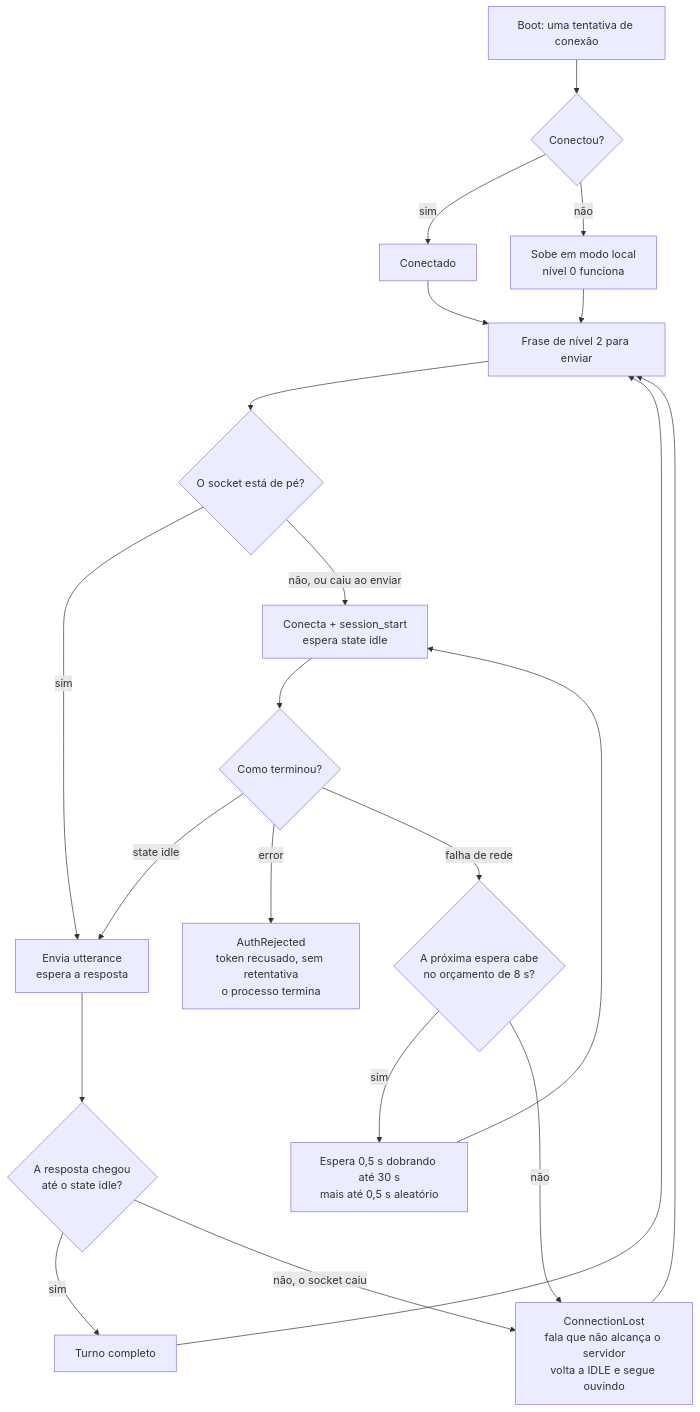
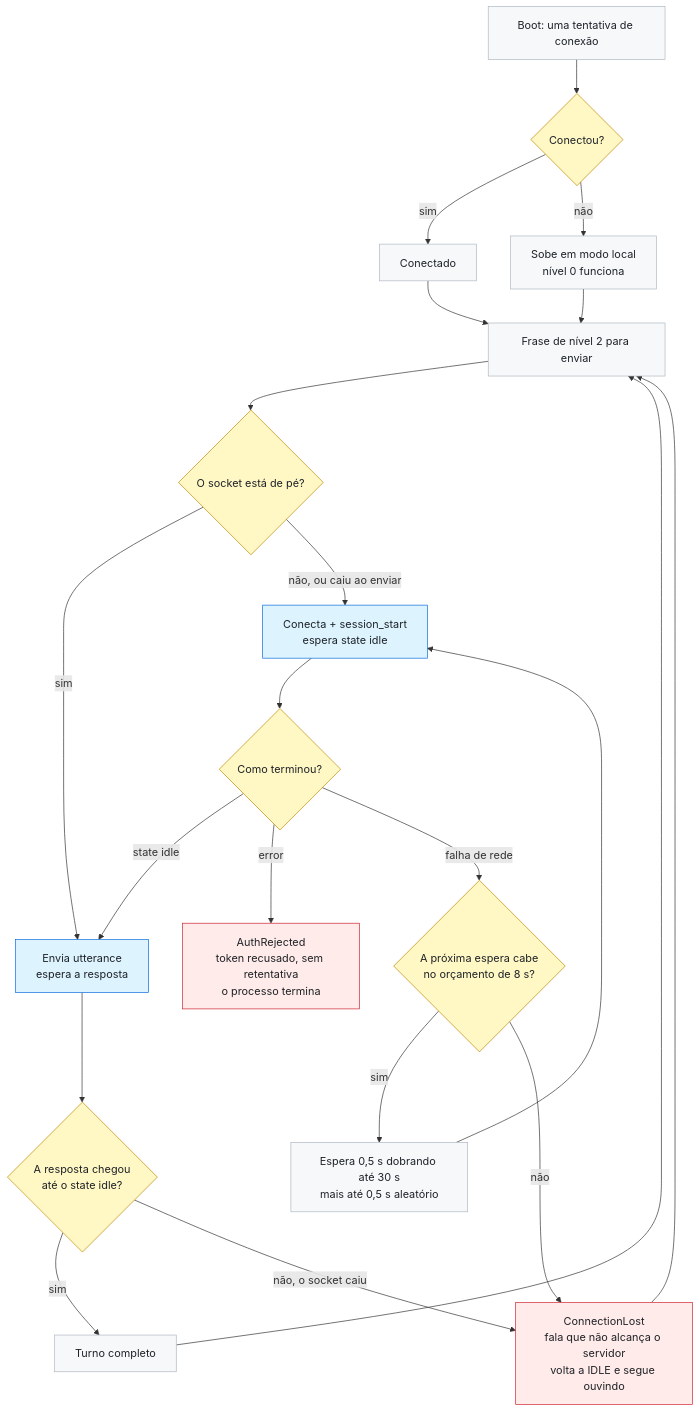
Before and after one commit to Ideraldo/Self-hosted-voice-assistant: the sixth of 6 diagrams in docs/arquitetura.md, drawn with Mermaid. The commit also changed other lines of this file and 35 other files, not shown here.

````diff
--- a/docs/arquitetura.md
+++ b/docs/arquitetura.md
@@ -552,37 +496,45 @@
 ```mermaid
 flowchart TD
     BOOT["Boot: uma tentativa de conexão"]
     BOOTOK{"Conectou?"}
     ONLINE["Conectado"]
     MODOLOCAL["Sobe em modo local<br/>nível 0 funciona"]
     FRASE["Frase de nível 2 para enviar"]
     TEM{"O socket está de pé?"}
     ENVIA["Envia utterance<br/>espera a resposta"]
     CHEGOU{"A resposta chegou<br/>até o state idle?"}
     FEITO["Turno completo"]
     CONECTA["Conecta + session_start<br/>espera state idle"]
     RESP{"Como terminou?"}
     AUTH["AuthRejected<br/>token recusado, sem retentativa<br/>o processo termina"]
     CABE{"A próxima espera cabe<br/>no orçamento de 8 s?"}
     ESPERA["Espera 0,5 s dobrando até 30 s<br/>mais até 0,5 s aleatório"]
     PERDIDO["ConnectionLost<br/>fala que não alcança o servidor<br/>volta a IDLE e segue ouvindo"]
 
     BOOT --> BOOTOK
     BOOTOK -->|"sim"| ONLINE
     BOOTOK -->|"não"| MODOLOCAL
     ONLINE --> FRASE
     MODOLOCAL --> FRASE
     FRASE --> TEM
     TEM -->|"sim"| ENVIA
     TEM -->|"não, ou caiu ao enviar"| CONECTA
     CONECTA --> RESP
     RESP -->|"state idle"| ENVIA
     RESP -->|"error"| AUTH
     RESP -->|"falha de rede"| CABE
     CABE -->|"sim"| ESPERA --> CONECTA
     CABE -->|"não"| PERDIDO
     ENVIA --> CHEGOU
     CHEGOU -->|"sim"| FEITO --> FRASE
     CHEGOU -->|"não, o socket caiu"| PERDIDO
     PERDIDO --> FRASE
+
+    classDef default fill:#f6f8fa,stroke:#afb8c1,color:#1f2328
+    classDef decisao fill:#fff8c5,stroke:#bf8700,color:#1f2328
+    classDef rede fill:#ddf4ff,stroke:#0969da,color:#1f2328
+    classDef falha fill:#ffebe9,stroke:#cf222e,color:#1f2328
+    class BOOTOK,TEM,CHEGOU,RESP,CABE decisao
+    class ENVIA,CONECTA rede
+    class AUTH,PERDIDO falha
 ```
````
